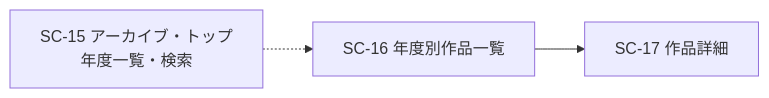
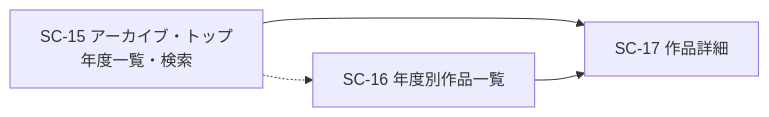
The fourth of 4 diagrams in docs/design/04-screen.md (250158hj-maker/yse_compass), drawn with Mermaid before and after one commit. The commit also changed other lines of this file and 6 other files, not shown here.

````diff
--- a/docs/design/04-screen.md
+++ b/docs/design/04-screen.md
@@ -471,9 +470,10 @@
 ```mermaid
 flowchart LR
     SC15["SC-15 アーカイブ・トップ<br/>年度一覧・検索"]
     SC16["SC-16 年度別作品一覧"]
     SC17["SC-17 作品詳細"]
 
     SC15 -.-> SC16
+    SC15 --> SC17
     SC16 --> SC17
 ```
````
